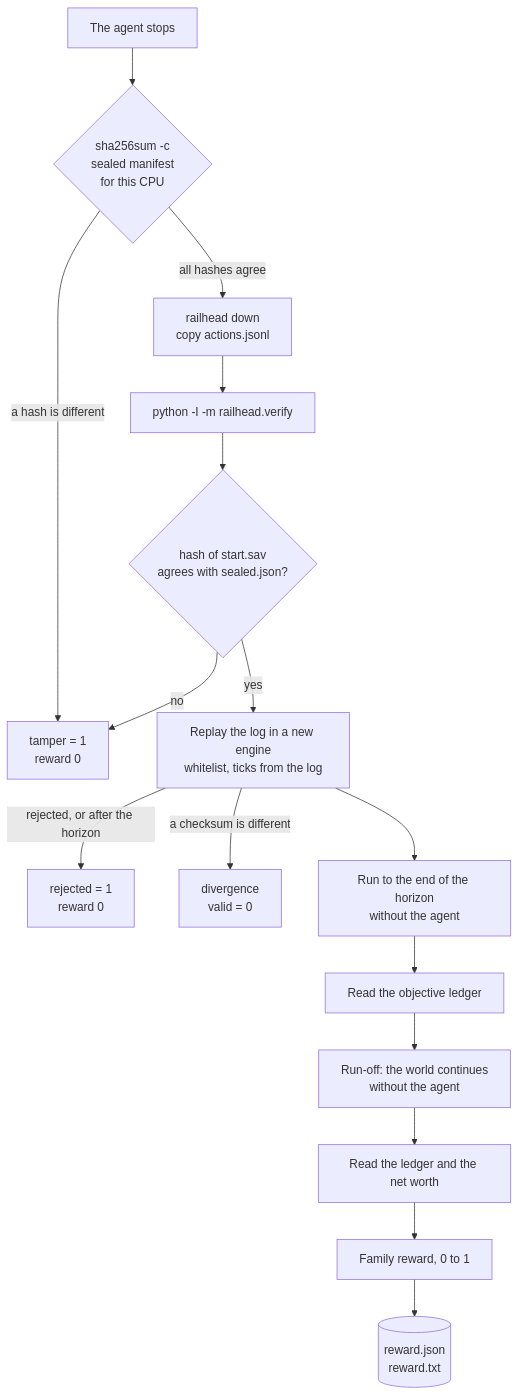
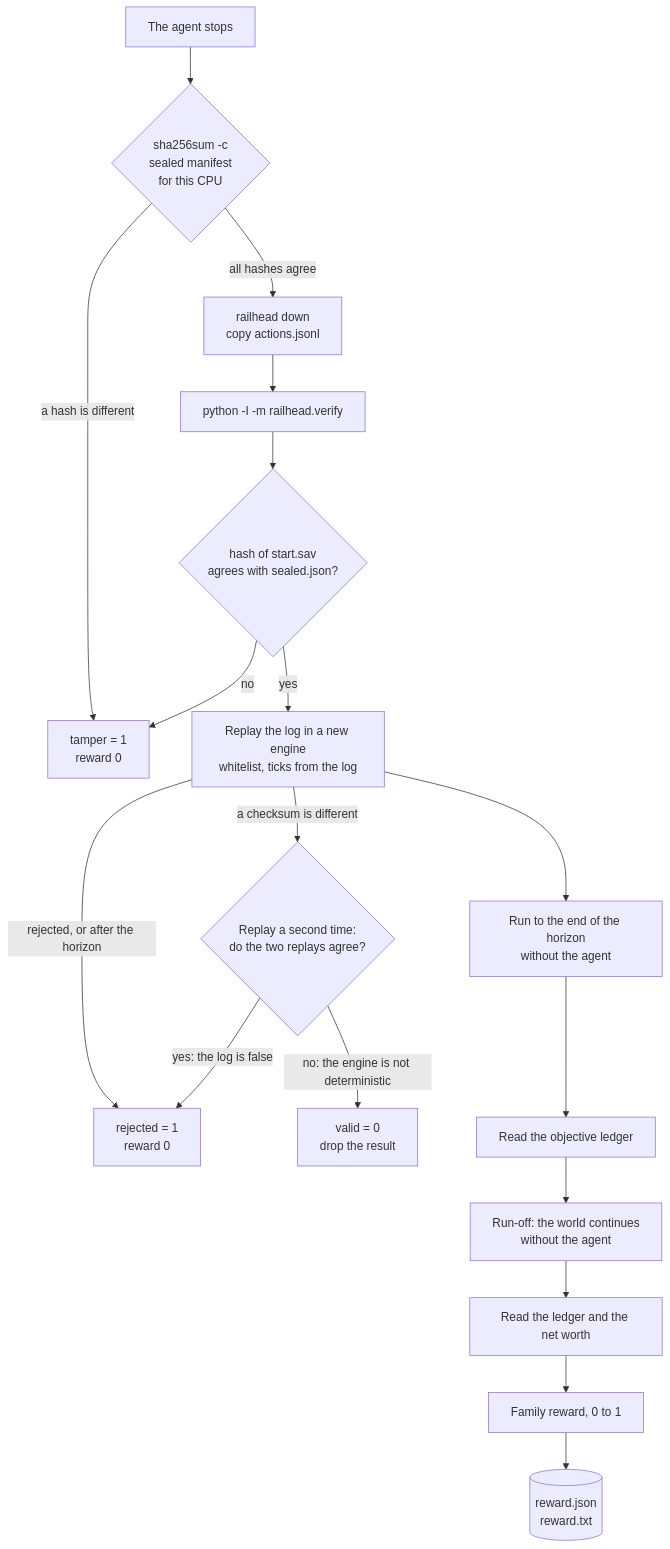
One commit to rachittshah/railhead changed the third of 7 diagrams in docs/DIAGRAMS.md. Above: the diagram before and after it, drawn with Mermaid. The commit also changed 5 other files, not shown here.

````diff
--- a/docs/DIAGRAMS.md
+++ b/docs/DIAGRAMS.md
@@ -77,18 +77,20 @@
 ```mermaid
 flowchart TD
     A["The agent stops"] --> B{"sha256sum -c<br/>sealed manifest<br/>for this CPU"}
     B -->|"a hash is different"| T["tamper = 1<br/>reward 0"]
     B -->|"all hashes agree"| C["railhead down<br/>copy actions.jsonl"]
     C --> P["python -I -m railhead.verify"]
     P --> S{"hash of start.sav<br/>agrees with sealed.json?"}
     S -->|"no"| T
     S -->|"yes"| RP["Replay the log in a new engine<br/>whitelist, ticks from the log"]
     RP -->|"rejected, or after the horizon"| X["rejected = 1<br/>reward 0"]
-    RP -->|"a checksum is different"| DV["divergence<br/>valid = 0"]
+    RP -->|"a checksum is different"| R2{"Replay a second time:<br/>do the two replays agree?"}
+    R2 -->|"yes: the log is false"| X
+    R2 -->|"no: the engine is not deterministic"| DV["valid = 0<br/>drop the result"]
     RP --> H["Run to the end of the horizon<br/>without the agent"]
     H --> L1["Read the objective ledger"]
     L1 --> RO["Run-off: the world continues<br/>without the agent"]
     RO --> L2["Read the ledger and the net worth"]
     L2 --> RW["Family reward, 0 to 1"]
     RW --> OUT[("reward.json<br/>reward.txt")]
 ```
````
